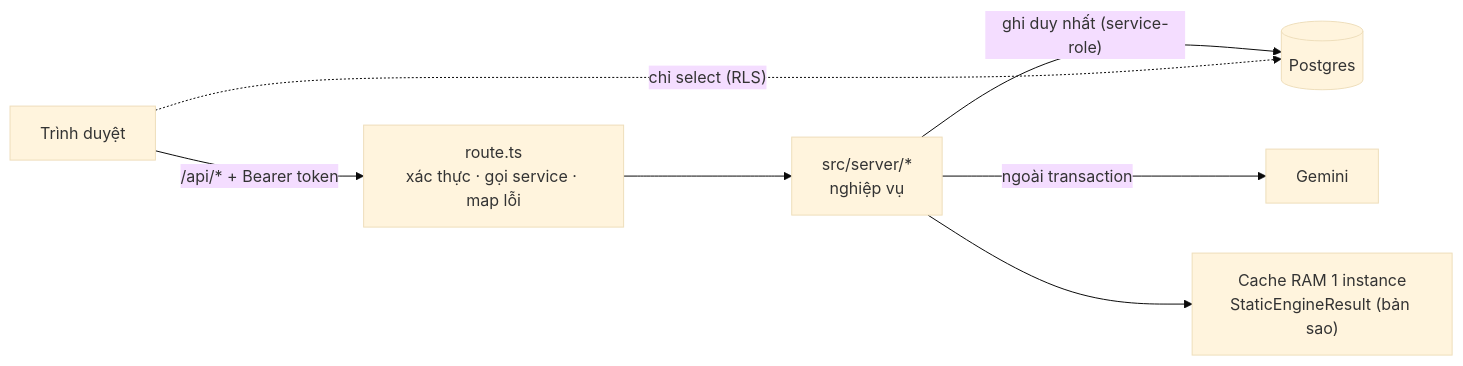
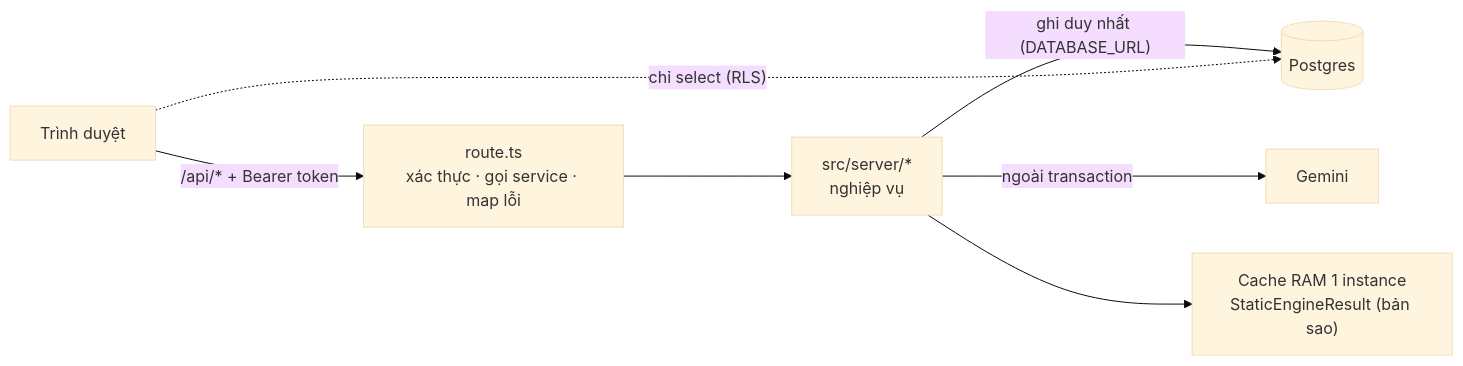
Before and after one commit to huynhthanhnhannnh-pixel/Hackathon_SGU: the first of 3 diagrams in spec/03_API_VA_LUU_TRU.md, drawn with Mermaid (base theme). The commit also changed other lines of this file and 12 other files, not shown here.

````diff
--- a/spec/03_API_VA_LUU_TRU.md
+++ b/spec/03_API_VA_LUU_TRU.md
@@ -15,9 +15,9 @@
 ```mermaid
 flowchart LR
   B["Trình duyệt"] -- "/api/* + Bearer token" --> R["route.ts<br/>xác thực · gọi service · map lỗi"]
   R --> S["src/server/*<br/>nghiệp vụ"]
-  S -- "ghi duy nhất (service-role)" --> D[("Postgres")]
+  S -- "ghi duy nhất (DATABASE_URL)" --> D[("Postgres")]
   S -- "ngoài transaction" --> A["Gemini"]
   S --> M["Cache RAM 1 instance<br/>StaticEngineResult (bản sao)"]
   B -. "chỉ select (RLS)" .-> D
 ```
````
